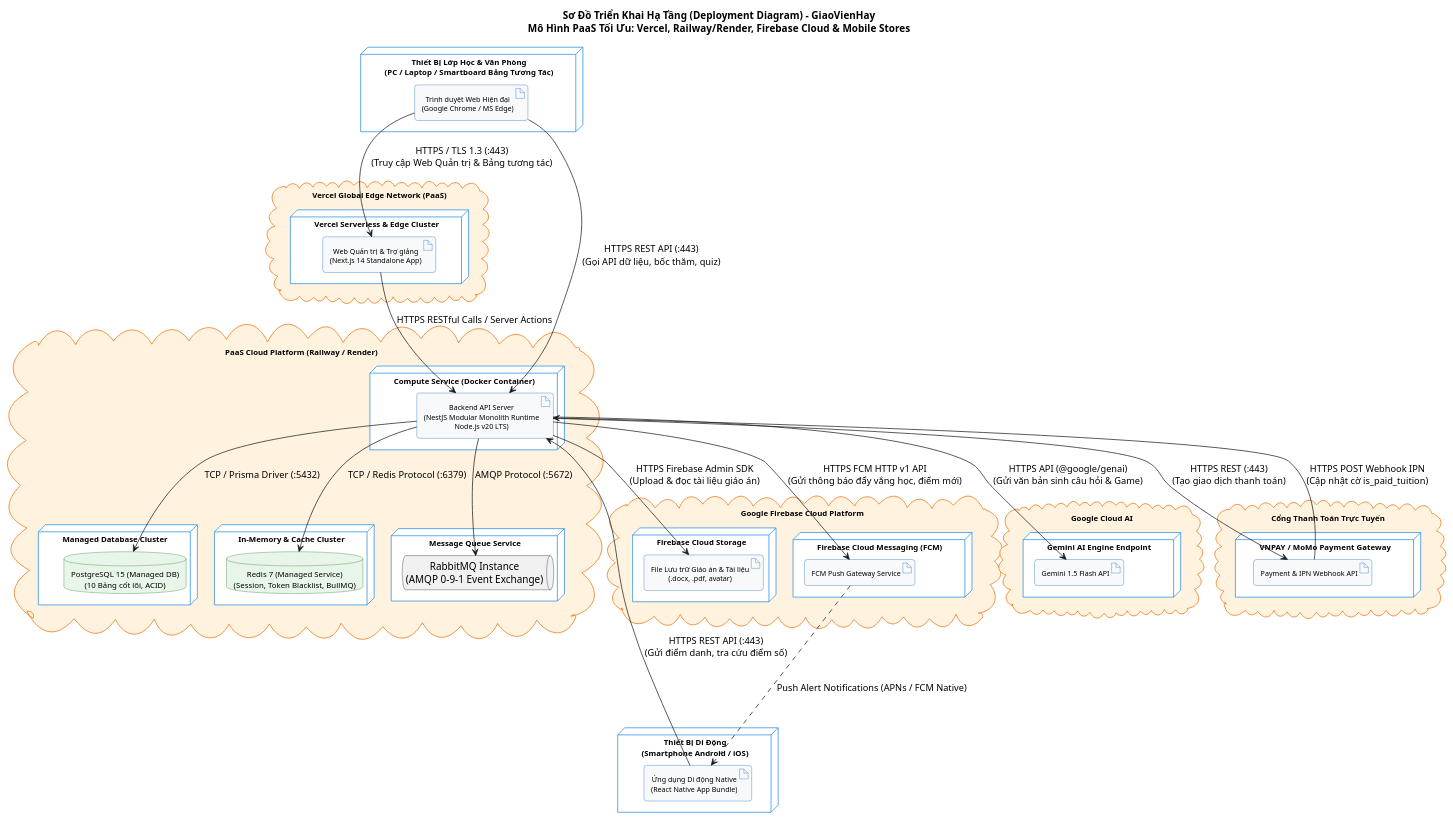
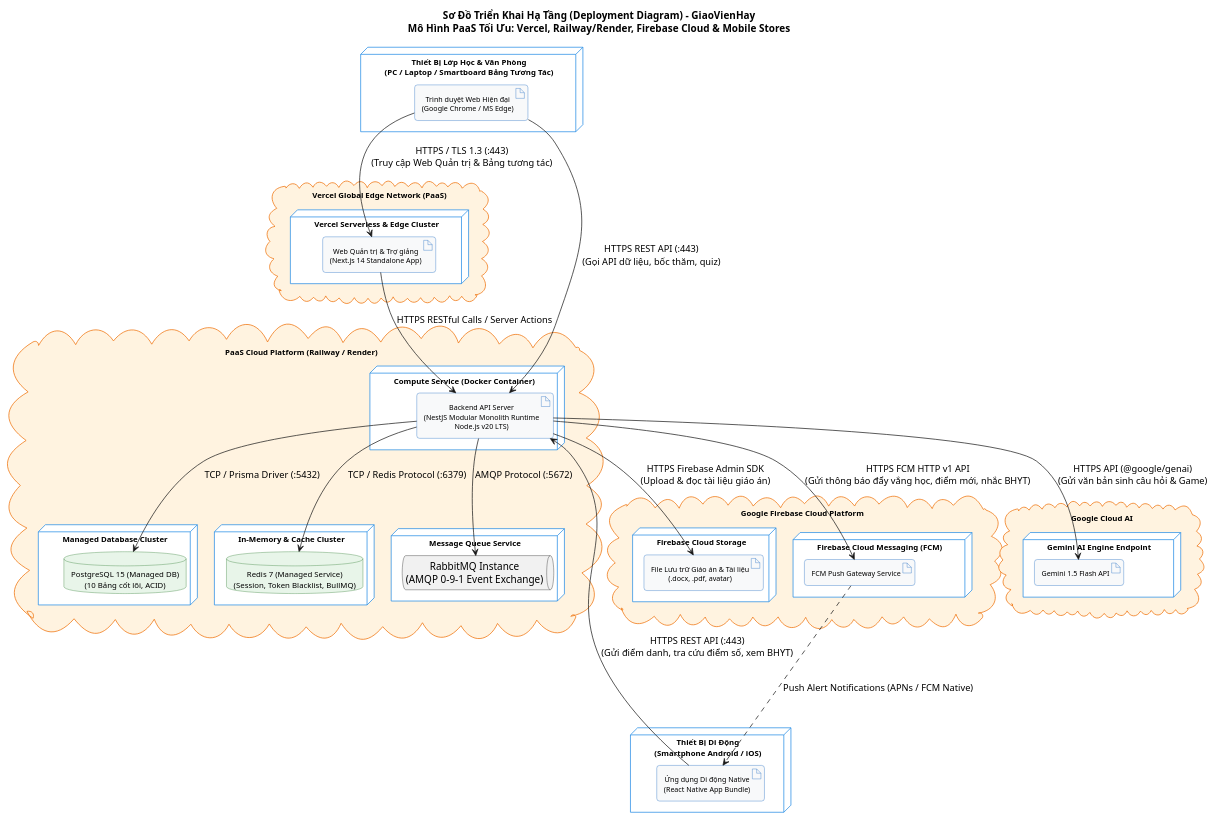
One commit to gray8493/GiaoVienHay changed the diagram in docs/diagrams/puml/deployment_diagram.puml. Above: the diagram before and after it, drawn with PlantUML. The commit also changed other lines of this file and 9 other files, not shown here.

```diff
--- a/docs/diagrams/puml/deployment_diagram.puml
+++ b/docs/diagrams/puml/deployment_diagram.puml
@@ -1,127 +1,119 @@
 @startuml
 skinparam defaultTextAlignment center
 skinparam roundCorner 8
 skinparam BoxPadding 10
 
 skinparam node {
     BackgroundColor #FFFFFF
     BorderColor #1E88E5
     FontSize 11
     FontStyle bold
 }
 
 skinparam artifact {
     BackgroundColor #F8F9FA
     BorderColor #1565C0
     FontSize 10
 }
 
 skinparam database {
     BackgroundColor #E8F5E9
     BorderColor #2E7D32
     FontSize 11
 }
 
 skinparam cloud {
     BackgroundColor #FFF3E0
     BorderColor #EF6C00
     FontSize 11
     FontStyle bold
 }
 
 title Sơ Đồ Triển Khai Hạ Tầng (Deployment Diagram) - GiaoVienHay\nMô Hình PaaS Tối Ưu: Vercel, Railway/Render, Firebase Cloud & Mobile Stores
 
 ' ==============================================================================
 ' 1. THIẾT BỊ ĐẦU CUỐI (CLIENT DEVICES)
 ' ==============================================================================
 
 node "Thiết Bị Lớp Học & Văn Phòng\n(PC / Laptop / Smartboard Bảng Tương Tác)" as Device_Desktop {
     artifact "Trình duyệt Web Hiện đại\n(Google Chrome / MS Edge)" as Browser
 }
 
 node "Thiết Bị Di Động\n(Smartphone Android / iOS)" as Device_Mobile {
     artifact "Ứng dụng Di động Native\n(React Native App Bundle)" as MobileApp
 }
 
 ' ==============================================================================
 ' 2. NỀN TẢNG CLOUD PAAS (VERCEL & RAILWAY / RENDER)
 ' ==============================================================================
 
 cloud "Vercel Global Edge Network (PaaS)" as VercelCloud {
     node "Vercel Serverless & Edge Cluster" {
         artifact "Web Quản trị & Trợ giảng\n(Next.js 14 Standalone App)" as NextjsApp
     }
 }
 
 cloud "PaaS Cloud Platform (Railway / Render)" as PaasCloud {
     node "Compute Service (Docker Container)" as ApiNode {
         artifact "Backend API Server\n(NestJS Modular Monolith Runtime\nNode.js v20 LTS)" as NestjsApp
     }
 
     node "Managed Database Cluster" as DbNode {
         database "PostgreSQL 15 (Managed DB)\n(10 Bảng cốt lõi, ACID)" as PostgresInstance
     }
 
     node "In-Memory & Cache Cluster" as CacheNode {
         database "Redis 7 (Managed Service)\n(Session, Token Blacklist, BullMQ)" as RedisInstance
     }
 
     node "Message Queue Service" as QueueNode {
         queue "RabbitMQ Instance\n(AMQP 0-9-1 Event Exchange)" as RabbitInstance
     }
 }
 
 ' ==============================================================================
 ' 3. HỆ SINH THÁI GOOGLE FIREBASE & EXTERNAL APIS
 ' ==============================================================================
 
 cloud "Google Firebase Cloud Platform" as FirebaseCloud {
     node "Firebase Cloud Storage" {
         artifact "File Lưu trữ Giáo án & Tài liệu\n(.docx, .pdf, avatar)" as StorageBucket
     }
     
     node "Firebase Cloud Messaging (FCM)" {
         artifact "FCM Push Gateway Service" as FcmGateway
     }
 }
 
 cloud "Google Cloud AI" as GoogleAI {
     node "Gemini AI Engine Endpoint" {
         artifact "Gemini 1.5 Flash API" as GeminiEndpoint
     }
 }
 
-cloud "Cổng Thanh Toán Trực Tuyến" as PaymentCloud {
-    node "VNPAY / MoMo Payment Gateway" {
-        artifact "Payment & IPN Webhook API" as PaymentEndpoint
-    }
-}
-
 ' ==============================================================================
 ' CÁC KẾT NỐI MẠNG & GIAO THỨC (NETWORK CONNECTIONS)
 ' ==============================================================================
 
 ' Client tương tác với Web và API
 Browser --> NextjsApp : HTTPS / TLS 1.3 (:443)\n(Truy cập Web Quản trị & Bảng tương tác)
 Browser --> NestjsApp : HTTPS REST API (:443)\n(Gọi API dữ liệu, bốc thăm, quiz)
-MobileApp --> NestjsApp : HTTPS REST API (:443)\n(Gửi điểm danh, tra cứu điểm số)
+MobileApp --> NestjsApp : HTTPS REST API (:443)\n(Gửi điểm danh, tra cứu điểm số, xem BHYT)
 
 ' Vercel Next.js giao tiếp với Backend
 NextjsApp --> NestjsApp : HTTPS RESTful Calls / Server Actions
 
-' Backend nội bộ trong PaaS Platform (Private Network siêu nhanh)
+' Backend nội bộ trong PaaS Platform (Private Network)
 NestjsApp --> PostgresInstance : TCP / Prisma Driver (:5432)
 NestjsApp --> RedisInstance : TCP / Redis Protocol (:6379)
 NestjsApp --> RabbitInstance : AMQP Protocol (:5672)
 
 ' Backend kết nối Firebase Cloud
 NestjsApp --> StorageBucket : HTTPS Firebase Admin SDK\n(Upload & đọc tài liệu giáo án)
-NestjsApp --> FcmGateway : HTTPS FCM HTTP v1 API\n(Gửi thông báo đẩy vắng học, điểm mới)
+NestjsApp --> FcmGateway : HTTPS FCM HTTP v1 API\n(Gửi thông báo đẩy vắng học, điểm mới, nhắc BHYT)
 FcmGateway -.-> MobileApp : Push Alert Notifications (APNs / FCM Native)
 
-' Backend kết nối AI & Payment
+' Backend kết nối AI
 NestjsApp --> GeminiEndpoint : HTTPS API (@google/genai)\n(Gửi văn bản sinh câu hỏi & Game)
-NestjsApp --> PaymentEndpoint : HTTPS REST (:443)\n(Tạo giao dịch thanh toán)
-PaymentEndpoint --> NestjsApp : HTTPS POST Webhook IPN\n(Cập nhật cờ is_paid_tuition)
 
 @enduml
```
